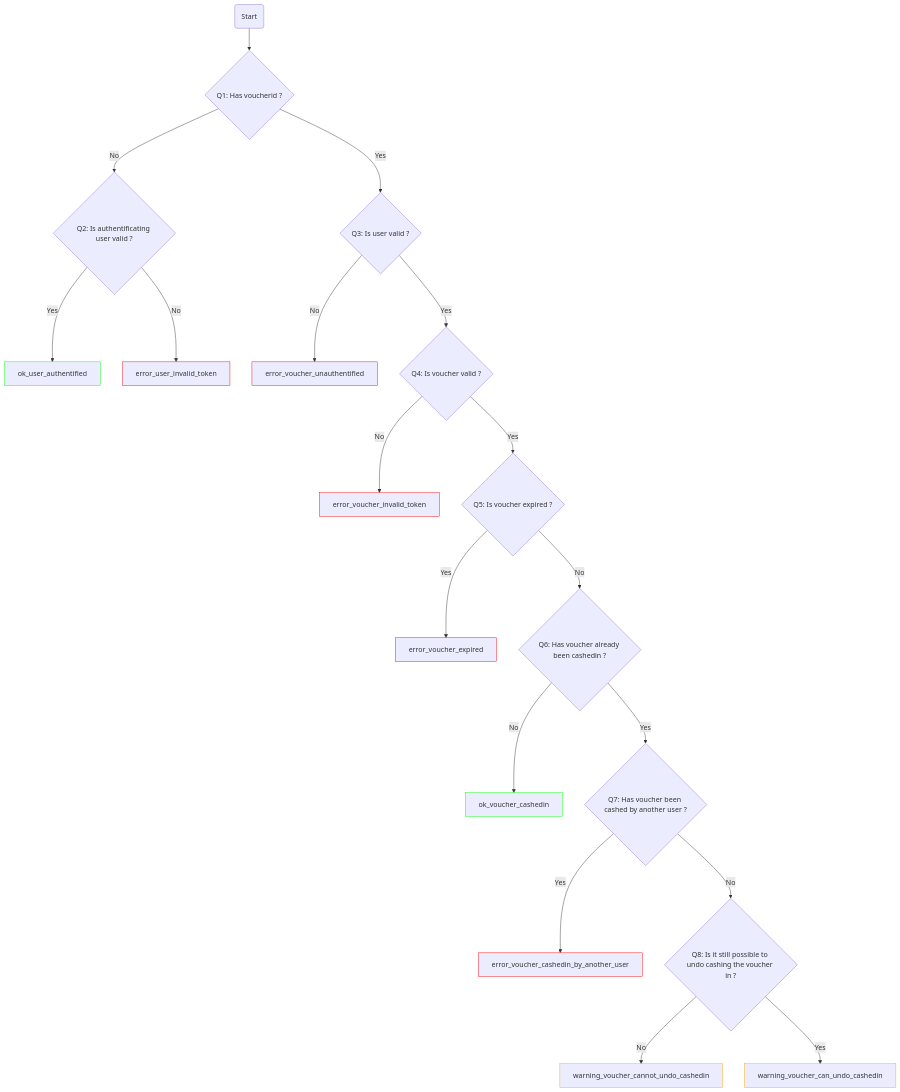
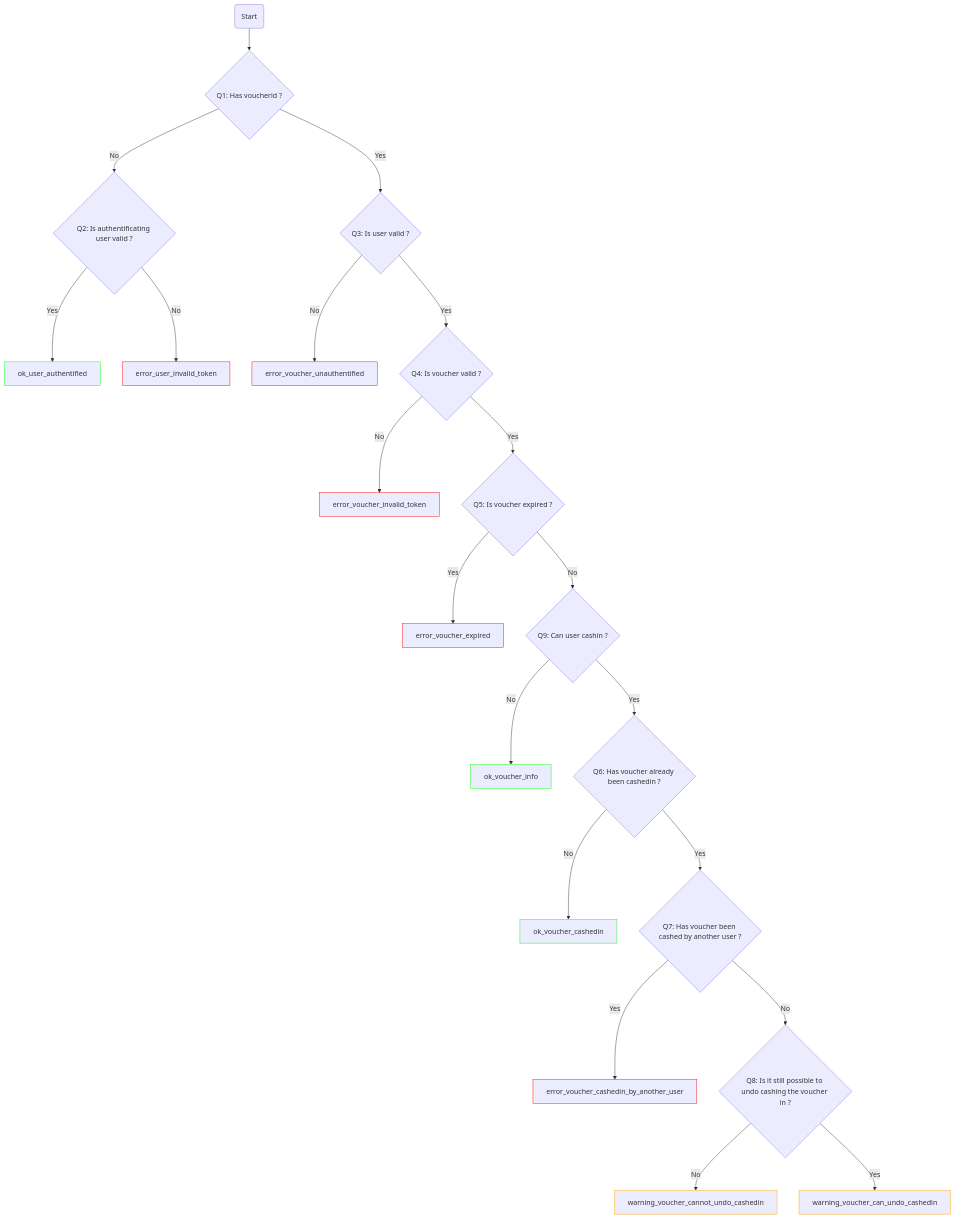
Before and after one commit to epicerieledetour/ledetour-vouchers: the diagram in README.md, drawn with Mermaid. The commit also changed 1 other file, not shown here.

````diff
--- a/README.md
+++ b/README.md
@@ -5,50 +5,55 @@
 ```mermaid
 flowchart TD
     S(Start)
     S --> Q1
 
     Q1{Q1: Has voucherid ?}
     Q1 -- No --> Q2
     Q1 -- Yes --> Q3
 
     Q2{Q2: Is authentificating user valid ?}
     Q2Y[ok_user_authentified]:::ok
     Q2N[error_user_invalid_token]:::error
     Q2 -- Yes --> Q2Y
     Q2 -- No --> Q2N
 
     Q3{Q3: Is user valid ?}
     Q3N[error_voucher_unauthentified]:::error
     Q3 -- No --> Q3N
     Q3 -- Yes --> Q4
 
     Q4{Q4: Is voucher valid ?}
     Q4N[error_voucher_invalid_token]:::error
     Q4 -- No --> Q4N
     Q4 -- Yes --> Q5
 
     Q5{Q5: Is voucher expired ?}
     Q5Y[error_voucher_expired]:::error
     Q5 -- Yes --> Q5Y
-    Q5 -- No --> Q6
+    Q5 -- No --> Q9
+
+    Q9{Q9: Can user cashin ?}
+    Q9N[ok_voucher_info]:::ok
+    Q9 -- No --> Q9N
+    Q9 -- Yes --> Q6
 
     Q6{Q6: Has voucher already been cashedin ?}
     Q6N[ok_voucher_cashedin]:::ok
     Q6 -- No --> Q6N
     Q6 -- Yes --> Q7
 
     Q7{Q7: Has voucher been cashed by another user ?}
     Q7Y[error_voucher_cashedin_by_another_user]:::error
     Q7 -- Yes --> Q7Y
     Q7 -- No --> Q8
 
     Q8{Q8: Is it still possible to undo cashing the voucher in ?}
     Q8N[warning_voucher_cannot_undo_cashedin]:::warning
     Q8Y[warning_voucher_can_undo_cashedin]:::warning
     Q8 -- No --> Q8N
     Q8 -- Yes --> Q8Y
 
     classDef ok stroke:#0f0
     classDef warning stroke:#ffa500
     classDef error stroke:#f00
 ```
````
